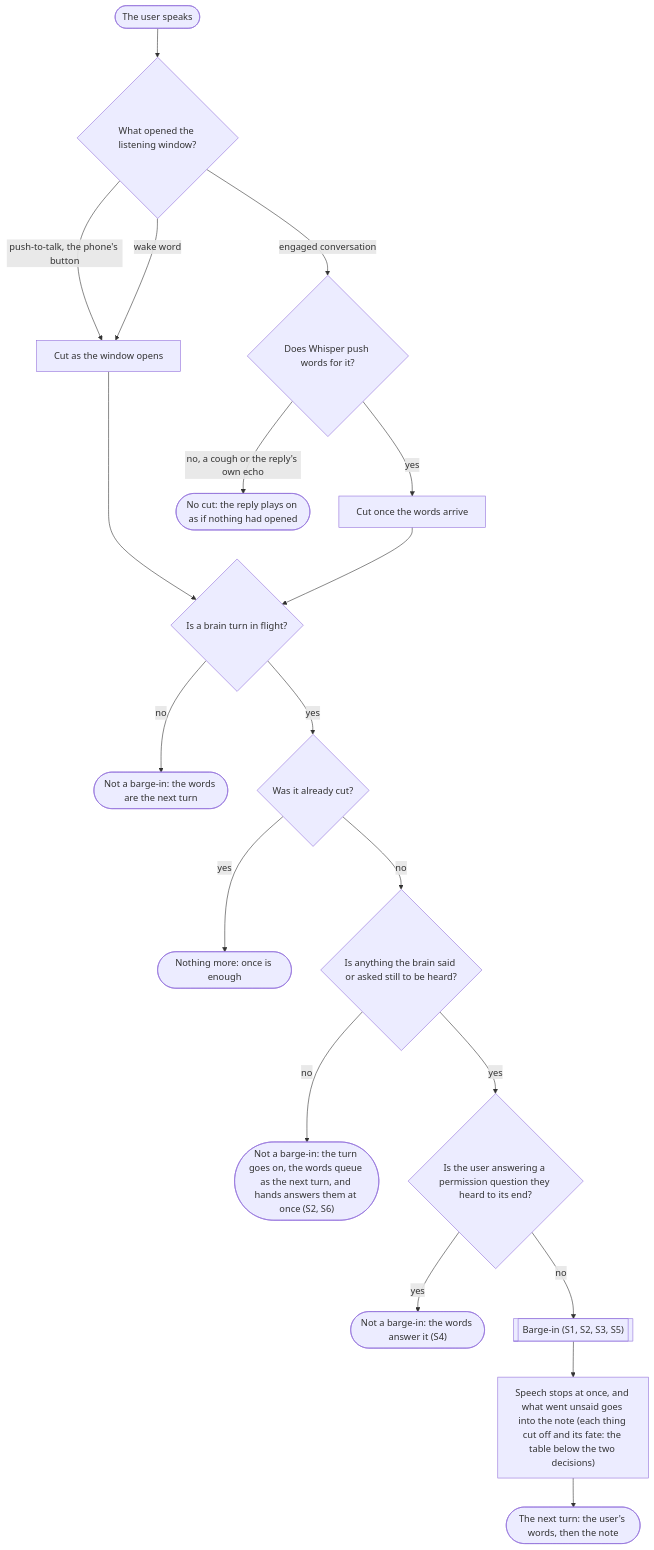
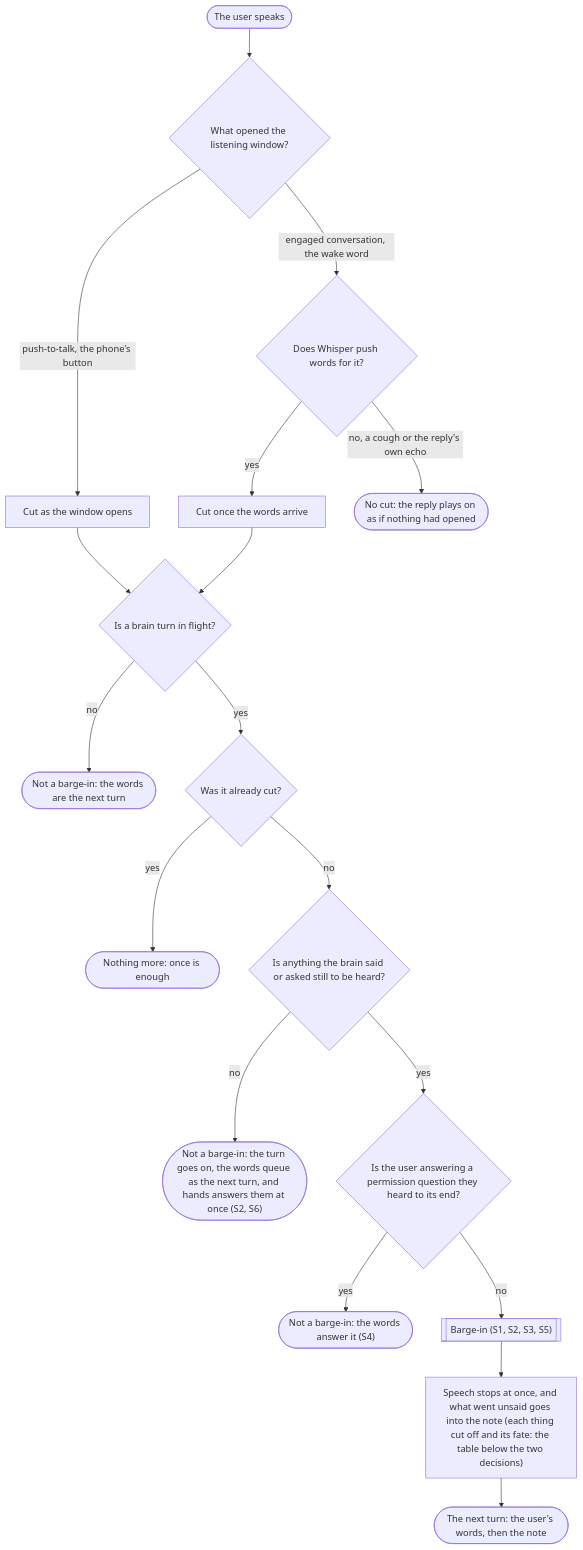
One commit to promptctl/cc-hands changed the first of 7 diagrams in docs/barge-in.md. Above: the diagram before and after it, drawn with Mermaid. The commit also changed other lines of this file and 7 other files, not shown here.

Commit message:
voice: a wake word hold cuts once words are heard in it, as engaged conversation's does, so hands' own echo of the wake word cuts nothing; while_speaking is read with the buffer (promptctl-barge-in-duao.us9)

````diff
--- a/docs/barge-in.md
+++ b/docs/barge-in.md
@@ -54,21 +53,20 @@
 ```mermaid
 flowchart TD
     speak(["The user speaks"]) --> opened{"What opened the listening window?"}
     opened -- "push-to-talk, the phone's button" --> now["Cut as the window opens"]
-    opened -- "wake word" --> now
-    opened -- "engaged conversation" --> whisper{"Does Whisper push words for it?"}
+    opened -- "engaged conversation, the wake word" --> whisper{"Does Whisper push words for it?"}
     whisper -- "yes" --> words["Cut once the words arrive"]
     whisper -- "no, a cough or the reply's own echo" --> nocut(["No cut: the reply plays on as if nothing had opened"])
     now --> inflight{"Is a brain turn in flight?"}
     words --> inflight
     inflight -- "no" --> nextturn(["Not a barge-in: the words are the next turn"])
     inflight -- "yes" --> again{"Was it already cut?"}
     again -- "yes" --> once(["Nothing more: once is enough"])
     again -- "no" --> left{"Is anything the brain said or asked still to be heard?"}
     left -- "no" --> queue(["Not a barge-in: the turn goes on, the words queue as the next turn, and hands answers them at once (S2, S6)"])
     left -- "yes" --> heard{"Is the user answering a permission question they heard to its end?"}
     heard -- "yes" --> answer(["Not a barge-in: the words answer it (S4)"])
     heard -- "no" --> barge[["Barge-in (S1, S2, S3, S5)"]]
     barge --> fates["Speech stops at once, and what went unsaid goes into the note (each thing cut off and its fate: the table below the two decisions)"]
     fates --> note(["The next turn: the user's words, then the note"])
 ```
````
